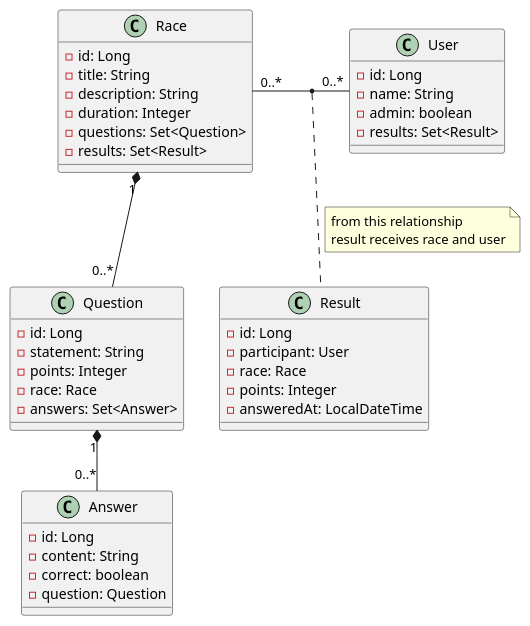
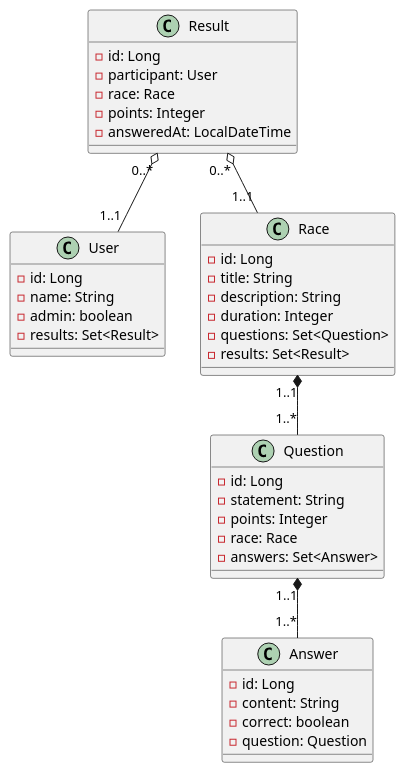
One commit to araujofs/questions-project changed the diagram in model.puml. Above: the diagram before and after it, drawn with PlantUML.

Commit message:
fix: fix model

```diff
--- a/model.puml
+++ b/model.puml
@@ -1,52 +1,48 @@
 @startuml main
 
   class "User" as u {
     - id: Long
     - name: String
     - admin: boolean
     - results: Set<Result>
   }
 
   class "Race" as r {
     - id: Long
     - title: String
     - description: String
     - duration: Integer
     - questions: Set<Question>
     - results: Set<Result>
   }
 
   class "Question" as q {
     - id: Long
     - statement: String
     - points: Integer
     - race: Race
     - answers: Set<Answer>
   }
 
   class "Answer" as a {
     - id: Long
     - content: String
     - correct: boolean
     - question: Question
   }
 
   class "Result" as re {
     - id: Long
     - participant: User
     - race: Race
     - points: Integer
     - answeredAt: LocalDateTime
   }
 
-  r "1" *-- "0..*" q
-  q "1" *-- "0..*" a
+  r "1..1" *-- "1..*" q
+  q "1..1" *-- "1..*" a
 
-  r "0..*" - "0..*" u
-  (r, u) .. re
-  note on link
-    from this relationship 
-    result receives race and user
-  end note
+  re "0..*" o-- "1..1" u
+  re "0..*" o-- "1..1" r
 
 @enduml
```
